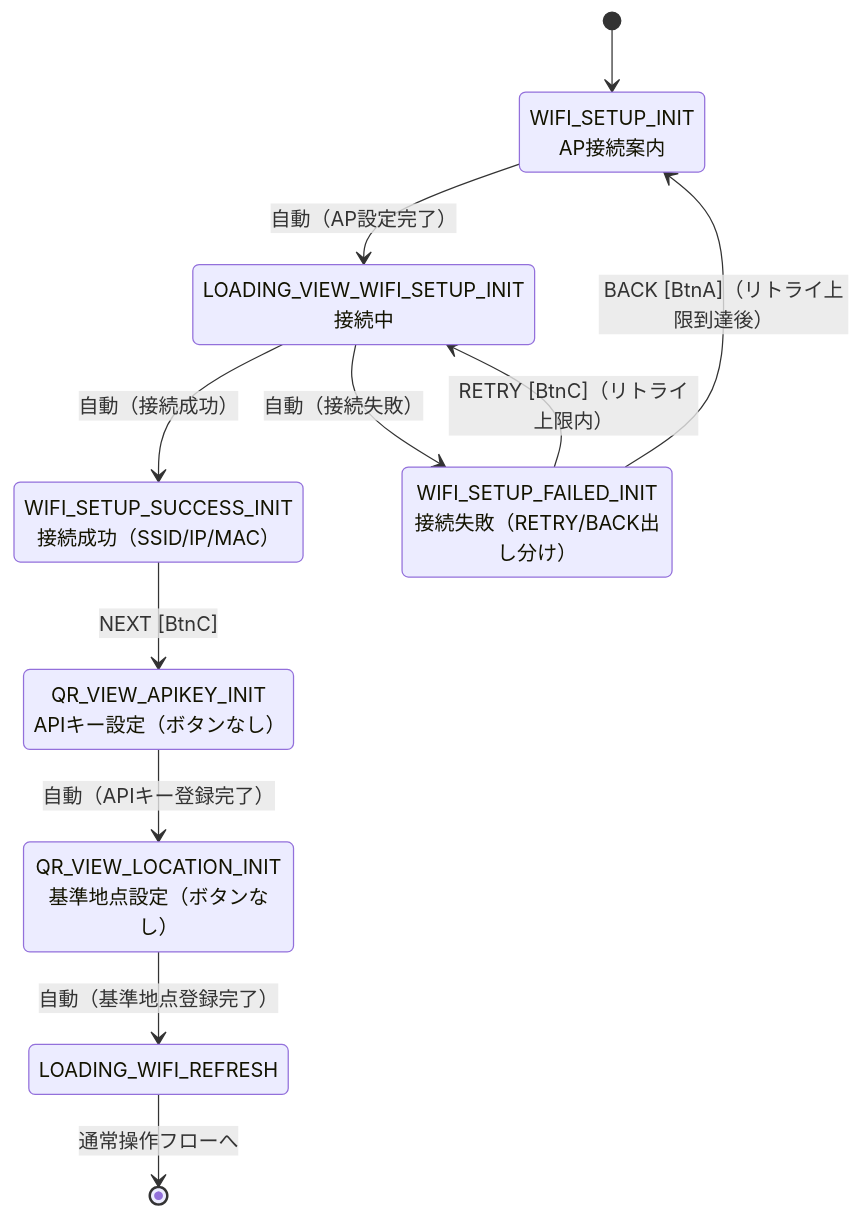
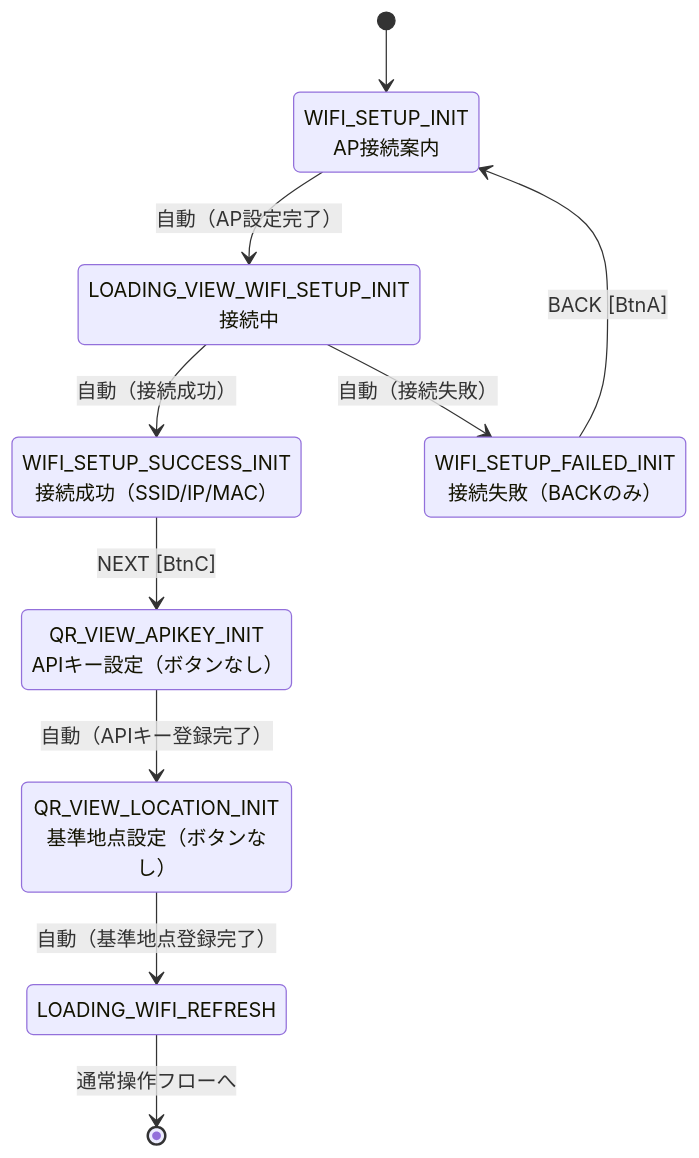
Before and after one commit to ymo999/m5stack-flight-tracker: the first of 5 diagrams in docs/画面遷移設計_M5Stack_航空機スキャンシステム.md, drawn with Mermaid. The commit also changed other lines of this file and 1 other file, not shown here.

````diff
--- a/docs/画面遷移設計_M5Stack_航空機スキャンシステム.md
+++ b/docs/画面遷移設計_M5Stack_航空機スキャンシステム.md
@@ -21,21 +21,20 @@
 ```mermaid
 stateDiagram-v2
     [*] --> WIFI_SETUP_INIT
     WIFI_SETUP_INIT --> LOADING_WIFI_INIT : 自動（AP設定完了）
     LOADING_WIFI_INIT --> WIFI_SUCCESS_INIT : 自動（接続成功）
     LOADING_WIFI_INIT --> WIFI_FAILED_INIT : 自動（接続失敗）
     WIFI_SUCCESS_INIT --> QR_APIKEY_INIT : NEXT [BtnC]
     QR_APIKEY_INIT --> QR_LOCATION_INIT : 自動（APIキー登録完了）
     QR_LOCATION_INIT --> LOADING_WIFI_REFRESH : 自動（基準地点登録完了）
     LOADING_WIFI_REFRESH --> [*] : 通常操作フローへ
 
-    WIFI_FAILED_INIT --> LOADING_WIFI_INIT : RETRY [BtnC]（リトライ上限内）
-    WIFI_FAILED_INIT --> WIFI_SETUP_INIT : BACK [BtnA]（リトライ上限到達後）
+    WIFI_FAILED_INIT --> WIFI_SETUP_INIT : BACK [BtnA]
 
     WIFI_SETUP_INIT : WIFI_SETUP_INIT<br>AP接続案内
     LOADING_WIFI_INIT : LOADING_VIEW_WIFI_SETUP_INIT<br>接続中
     WIFI_SUCCESS_INIT : WIFI_SETUP_SUCCESS_INIT<br>接続成功（SSID/IP/MAC）
-    WIFI_FAILED_INIT : WIFI_SETUP_FAILED_INIT<br>接続失敗（RETRY/BACK出し分け）
+    WIFI_FAILED_INIT : WIFI_SETUP_FAILED_INIT<br>接続失敗（BACKのみ）
     QR_APIKEY_INIT : QR_VIEW_APIKEY_INIT<br>APIキー設定（ボタンなし）
     QR_LOCATION_INIT : QR_VIEW_LOCATION_INIT<br>基準地点設定（ボタンなし）
 ```
````
